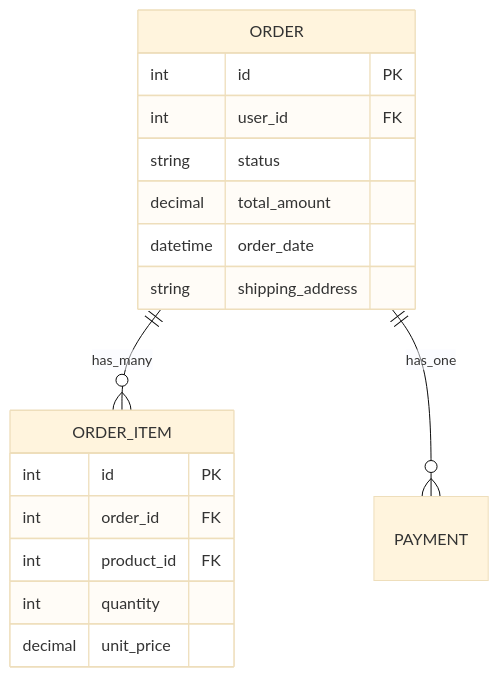
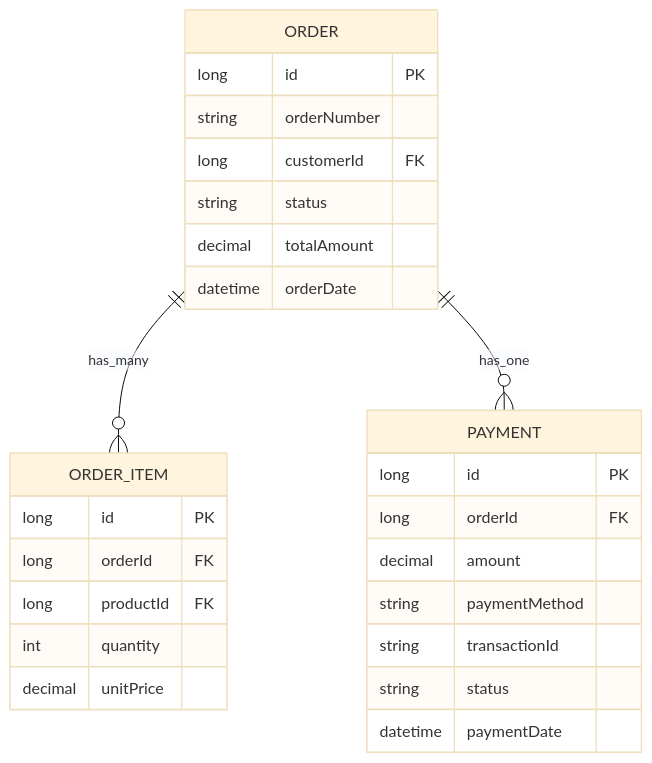
Before and after one commit to nhattVim/FruitShopSOA: the fourth of 8 diagrams in README.md, drawn with Mermaid (base theme). The commit also changed other lines of this file, not shown here.

Commit message:
feat: Update README with detailed system architecture and service descriptions

````diff
--- a/README.md
+++ b/README.md
@@ -279,22 +339,32 @@
 ```mermaid
 erDiagram
     ORDER ||--o{ ORDER_ITEM : has_many
     ORDER ||--o{ PAYMENT : has_one
-    
+
     ORDER {
-        int id PK
-        int user_id FK
+        long id PK
+        string orderNumber
+        long customerId FK
         string status
-        decimal total_amount
-        datetime order_date
-        string shipping_address
+        decimal totalAmount
+        datetime orderDate
     }
-    
+
     ORDER_ITEM {
-        int id PK
-        int order_id FK
-        int product_id FK
+        long id PK
+        long orderId FK
+        long productId FK
         int quantity
-        decimal unit_price
+        decimal unitPrice
+    }
+
+    PAYMENT {
+        long id PK
+        long orderId FK
+        decimal amount
+        string paymentMethod
+        string transactionId
+        string status
+        datetime paymentDate
     }
 ```
````
